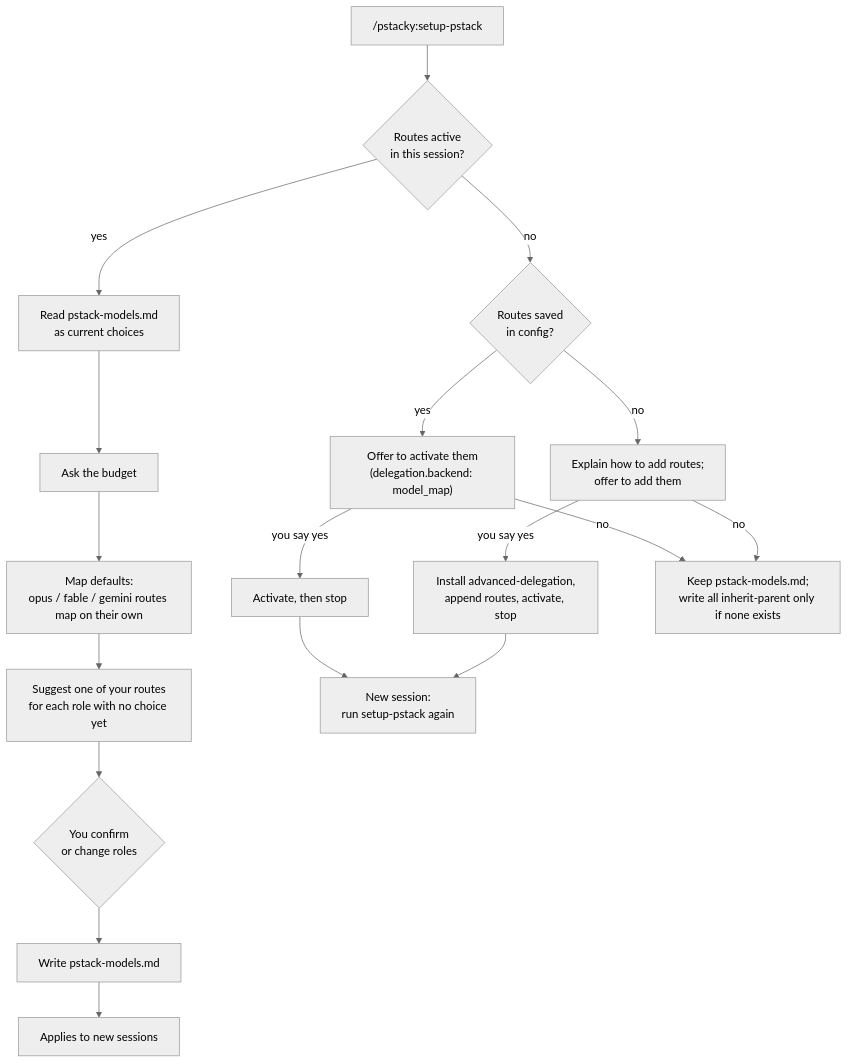
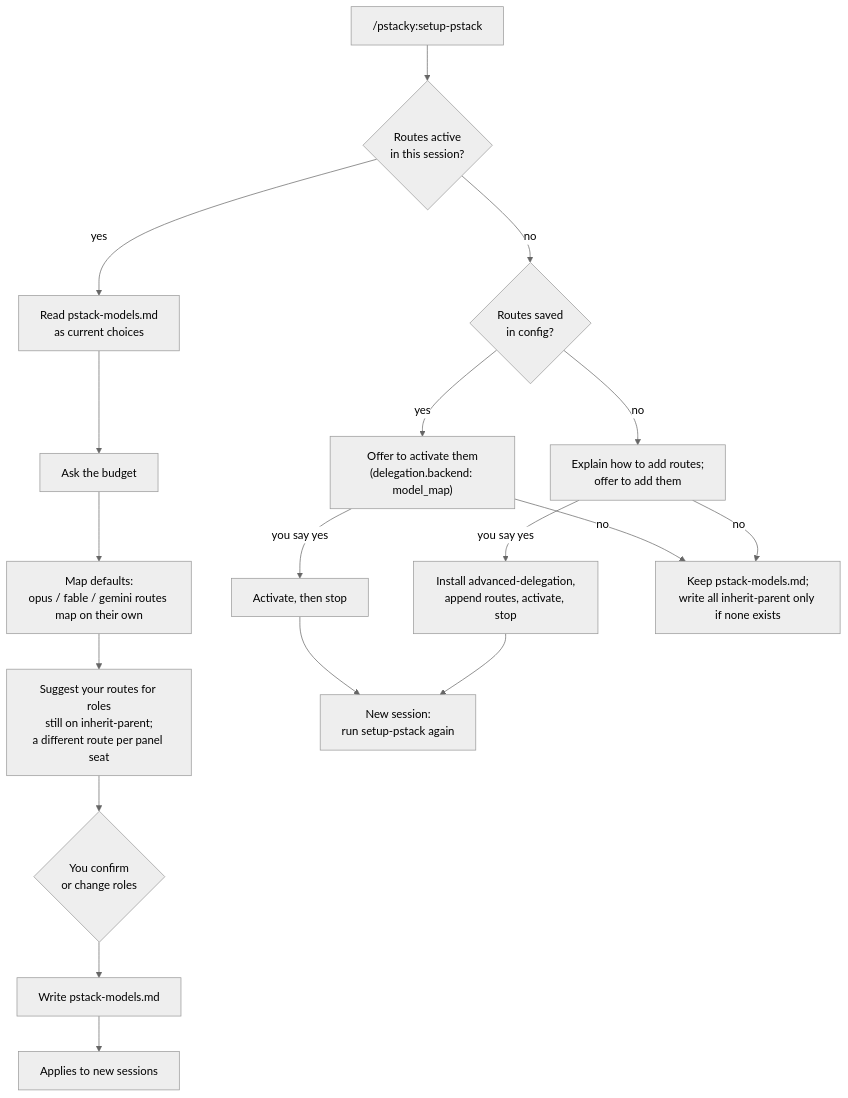
Before and after one commit to Trisert/pstacky: the first of 2 diagrams in README.md, drawn with Mermaid (neutral theme). The commit also changed other lines of this file, not shown here.

Commit message:
docs(readme): family routes before default; per-seat panel suggestions (Devin review)

````diff
--- a/README.md
+++ b/README.md
@@ -109,20 +113,20 @@
 ```mermaid
 flowchart TD
     A["/pstacky:setup-pstack"] --> B{"Routes active<br/>in this session?"}
     B -- yes --> C["Read pstack-models.md<br/>as current choices"]
     C --> D["Ask the budget"]
     D --> E["Map defaults:<br/>opus / fable / gemini routes map on their own"]
-    E --> F["Suggest one of your routes<br/>for each role with no choice yet"]
+    E --> F["Suggest your routes for roles<br/>still on inherit-parent;<br/>a different route per panel seat"]
     F --> G{"You confirm<br/>or change roles"}
     G --> H["Write pstack-models.md"]
     H --> Z["Applies to new sessions"]
     B -- no --> I{"Routes saved<br/>in config?"}
     I -- yes --> J["Offer to activate them<br/>(delegation.backend: model_map)"]
     I -- no --> K["Explain how to add routes;<br/>offer to add them"]
     J -- "you say yes" --> L["Activate, then stop"]
     K -- "you say yes" --> M["Install advanced-delegation,<br/>append routes, activate, stop"]
     L --> N["New session:<br/>run setup-pstack again"]
     M --> N
     J -- no --> O["Keep pstack-models.md;<br/>write all inherit-parent only if none exists"]
     K -- no --> O
 ```
````
